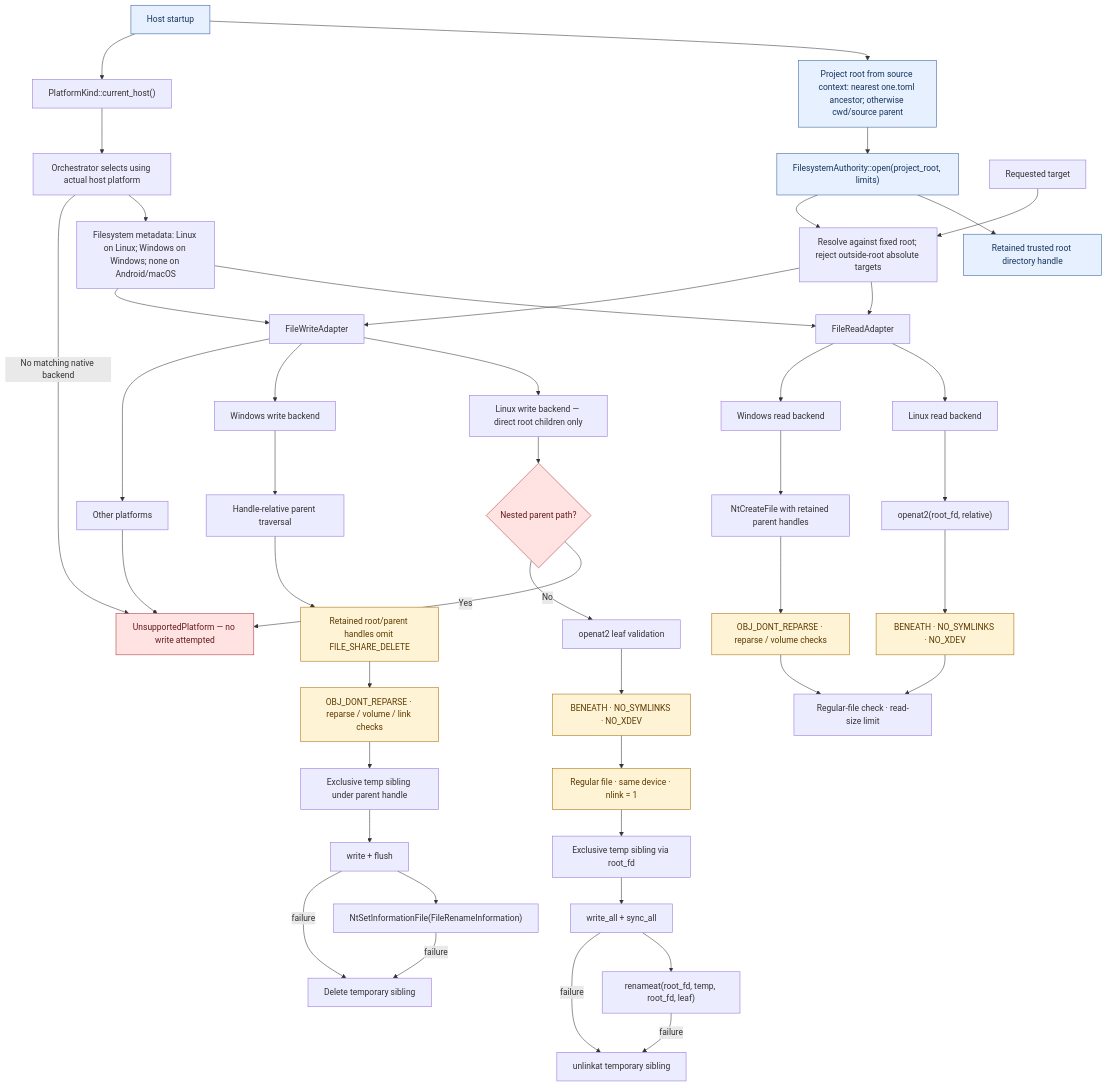
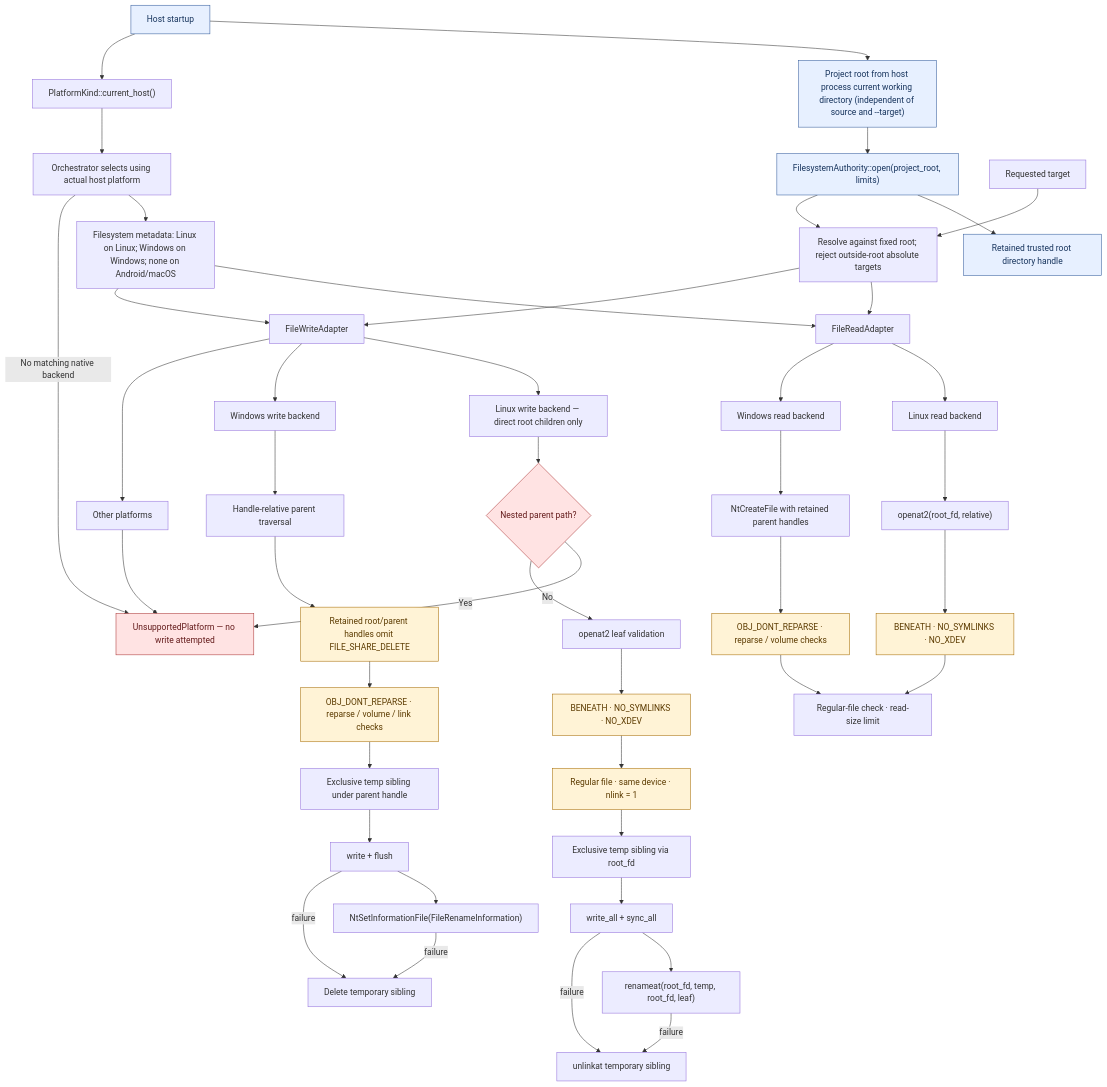
Before and after one commit to panglimanetizen01/one: the diagram in docs/architecture/filesystem-root-confinement.md, drawn with Mermaid. The commit also changed other lines of this file, not shown here.

Commit message:
docs(security): align filesystem architecture with host cwd root

````diff
--- a/docs/architecture/filesystem-root-confinement.md
+++ b/docs/architecture/filesystem-root-confinement.md
@@ -5,58 +5,58 @@
 ```mermaid
 flowchart TB
-    Host["Host startup"] --> ProjectRoot["Project root from source context: nearest one.toml ancestor; otherwise cwd/source parent"]
+    Host["Host startup"] --> ProjectRoot["Project root from host process current working directory (independent of source and --target)"]
     Host --> HostPlatform["PlatformKind::current_host()"]
     HostPlatform --> SelectAdapter["Orchestrator selects using actual host platform"]
     SelectAdapter --> AdapterMetadata["Filesystem metadata: Linux on Linux; Windows on Windows; none on Android/macOS"]
     ProjectRoot --> Authority["FilesystemAuthority::open(project_root, limits)"]
     Authority --> Root["Retained trusted root directory handle"]
     RequestedTarget["Requested target"] --> Confine["Resolve against fixed root; reject outside-root absolute targets"]
     Authority --> Confine
     Confine --> ReadAdapter["FileReadAdapter"]
     Confine --> WriteAdapter["FileWriteAdapter"]
     AdapterMetadata --> ReadAdapter
     AdapterMetadata --> WriteAdapter
     SelectAdapter -->|No matching native backend| FailClosed
 
     ReadAdapter --> LinuxRead["Linux read backend"]
     LinuxRead --> Openat2Read["openat2(root_fd, relative)"]
     Openat2Read --> ReadPolicy["BENEATH · NO_SYMLINKS · NO_XDEV"]
     ReadPolicy --> ReadChecks["Regular-file check · read-size limit"]
 
     ReadAdapter --> WindowsRead["Windows read backend"]
     WindowsRead --> NtOpen["NtCreateFile with retained parent handles"]
     NtOpen --> WindowsPolicy["OBJ_DONT_REPARSE · reparse / volume checks"]
     WindowsPolicy --> ReadChecks
 
     WriteAdapter --> LinuxWrite["Linux write backend — direct root children only"]
     LinuxWrite --> Nested{"Nested parent path?"}
     Nested -->|Yes| FailClosed["UnsupportedPlatform — no write attempted"]
     Nested -->|No| LinuxLeaf["openat2 leaf validation"]
     LinuxLeaf --> LinuxPolicy["BENEATH · NO_SYMLINKS · NO_XDEV"]
     LinuxPolicy --> LinuxType["Regular file · same device · nlink = 1"]
     LinuxType --> LinuxTemp["Exclusive temp sibling via root_fd"]
     LinuxTemp --> LinuxSync["write_all + sync_all"]
     LinuxSync --> LinuxRename["renameat(root_fd, temp, root_fd, leaf)"]
     LinuxSync -->|failure| LinuxCleanup["unlinkat temporary sibling"]
     LinuxRename -->|failure| LinuxCleanup
 
     WriteAdapter --> WindowsWrite["Windows write backend"]
     WindowsWrite --> WinWalk["Handle-relative parent traversal"]
     WinWalk --> WinShare["Retained root/parent handles omit FILE_SHARE_DELETE"]
     WinShare --> WinPolicy["OBJ_DONT_REPARSE · reparse / volume / link checks"]
     WinPolicy --> WinTemp["Exclusive temp sibling under parent handle"]
     WinTemp --> WinSync["write + flush"]
     WinSync --> WinRename["NtSetInformationFile(FileRenameInformation)"]
     WinSync -->|failure| WinCleanup["Delete temporary sibling"]
     WinRename -->|failure| WinCleanup
 
     WriteAdapter --> Other["Other platforms"]
     Other --> FailClosed
 
     classDef trust fill:#e7f0ff,stroke:#315a9b,color:#17345d
     classDef guard fill:#fff3d6,stroke:#a66b00,color:#5c3b00
     classDef blocked fill:#ffe3e3,stroke:#a33,color:#641b1b
     class Host,ProjectRoot,Authority,Root trust
     class ReadPolicy,WindowsPolicy,LinuxPolicy,LinuxType,WinPolicy,WinShare guard
     class FailClosed,Nested blocked
 ```
````
